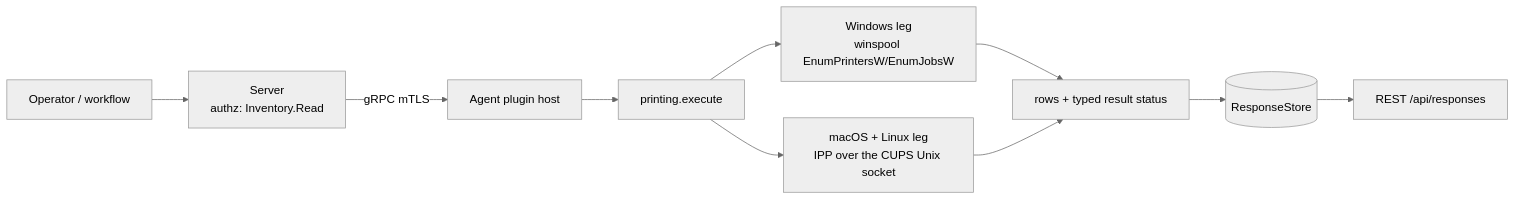
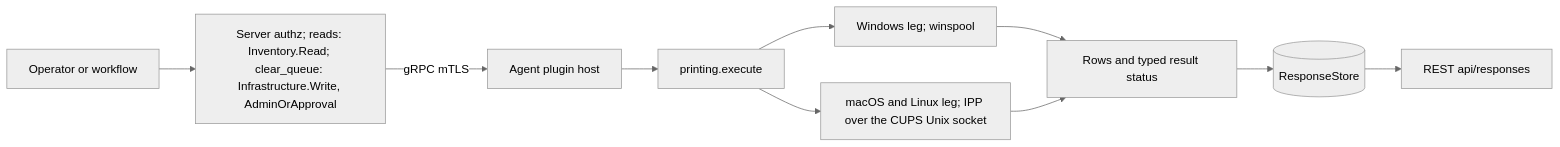
Before and after one commit to DevNullLtd/Yuzu: the first of 3 diagrams in agents/plugins/printing/README.md, drawn with Mermaid (neutral theme). The commit also changed other lines of this file and 5 other files, not shown here.

````diff
--- a/agents/plugins/printing/README.md
+++ b/agents/plugins/printing/README.md
@@ -19,8 +23,10 @@
 ```mermaid
 flowchart LR
-  OP[Operator / workflow] --> SRV[Server<br/>authz: Inventory.Read]
-  SRV -- gRPC mTLS --> HOST[Agent plugin host] --> EX[printing.execute]
-  EX --> WIN[Windows leg<br/>winspool EnumPrintersW/EnumJobsW]
-  EX --> POSIX[macOS + Linux leg<br/>IPP over the CUPS Unix socket]
-  WIN & POSIX --> ROWS[rows + typed result status] --> RS[(ResponseStore)] --> API[REST /api/responses]
+  OP["Operator or workflow"] --> SRV["Server authz; reads: Inventory.Read; clear_queue: Infrastructure.Write, AdminOrApproval"]
+  SRV -- "gRPC mTLS" --> HOST["Agent plugin host"] --> EX["printing.execute"]
+  EX --> WIN["Windows leg; winspool"]
+  EX --> POSIX["macOS and Linux leg; IPP over the CUPS Unix socket"]
+  WIN --> ROWS["Rows and typed result status"]
+  POSIX --> ROWS
+  ROWS --> RS[("ResponseStore")] --> API["REST api/responses"]
 ```
````
